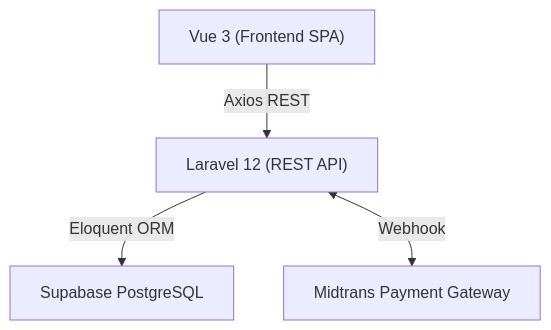
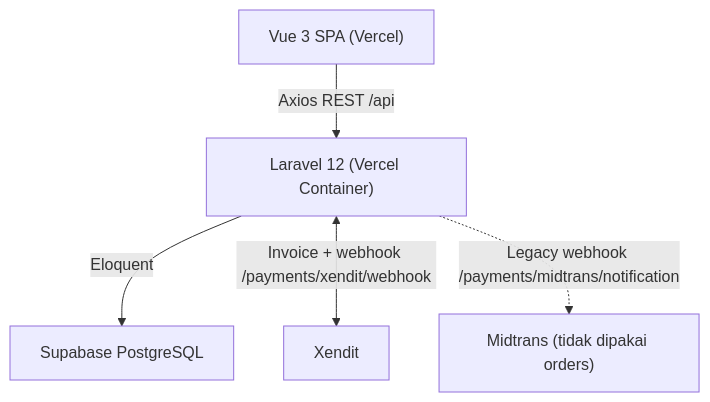
Before and after one commit to Kanzacky/E-Ticket-Sarangan: the diagram in README.md, drawn with Mermaid. The commit also changed other lines of this file and 12 other files, not shown here.

````diff
--- a/README.md
+++ b/README.md
@@ -26,6 +45,7 @@
 ```mermaid
 graph TD;
-    Vue["Vue 3 (Frontend SPA)"] -->|Axios REST| Laravel["Laravel 12 (REST API)"];
-    Laravel -->|Eloquent ORM| Postgres["Supabase PostgreSQL"];
-    Laravel <-->|Webhook| Midtrans["Midtrans Payment Gateway"];
+    Vue["Vue 3 SPA (Vercel)"] -->|Axios REST /api| Laravel["Laravel 12 (Vercel Container)"];
+    Laravel -->|Eloquent| Postgres["Supabase PostgreSQL"];
+    Laravel <-->|Invoice + webhook /payments/xendit/webhook| Xendit["Xendit"];
+    Laravel -.->|Legacy webhook /payments/midtrans/notification| Midtrans["Midtrans (tidak dipakai orders)"]
 ```
````
